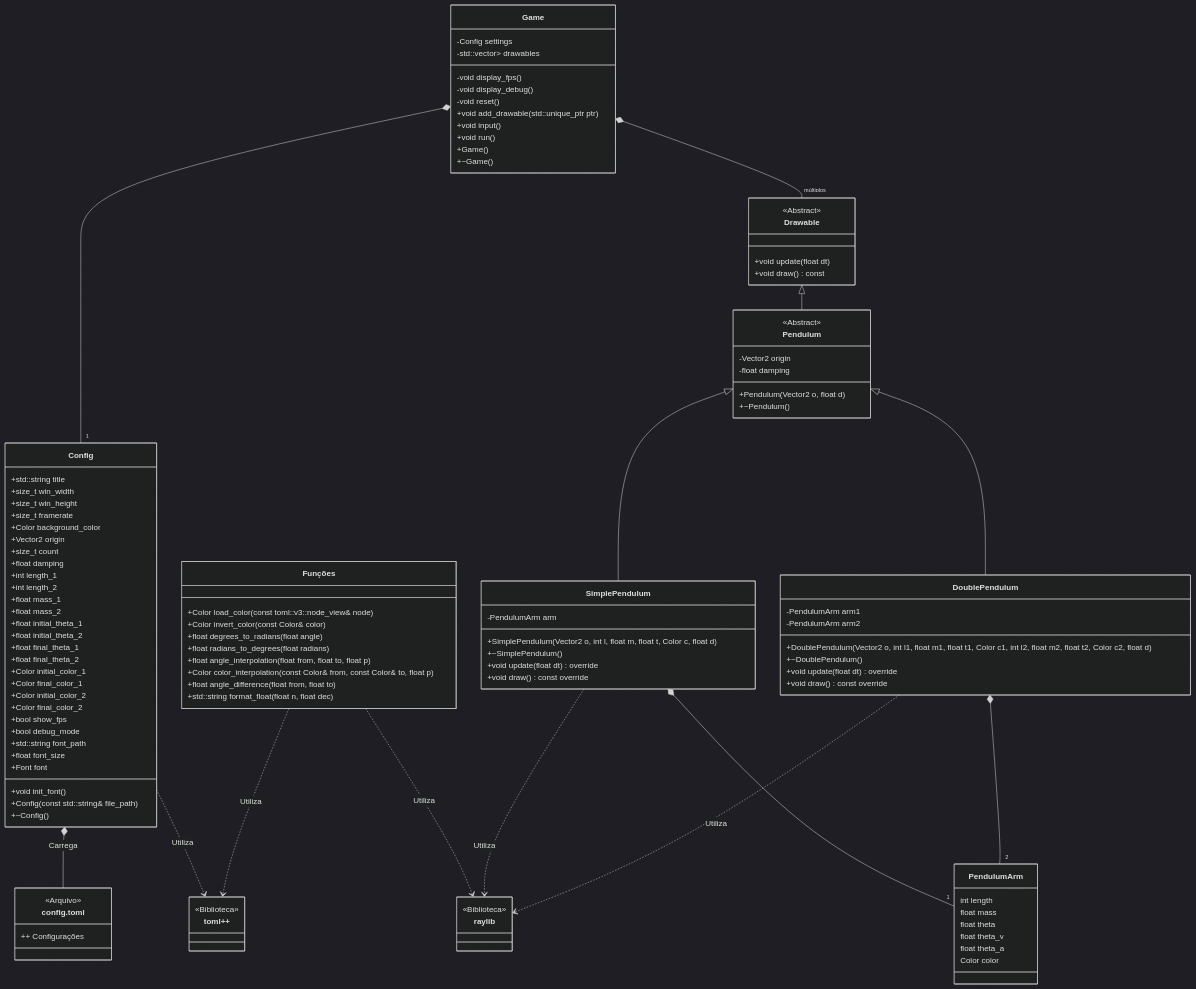
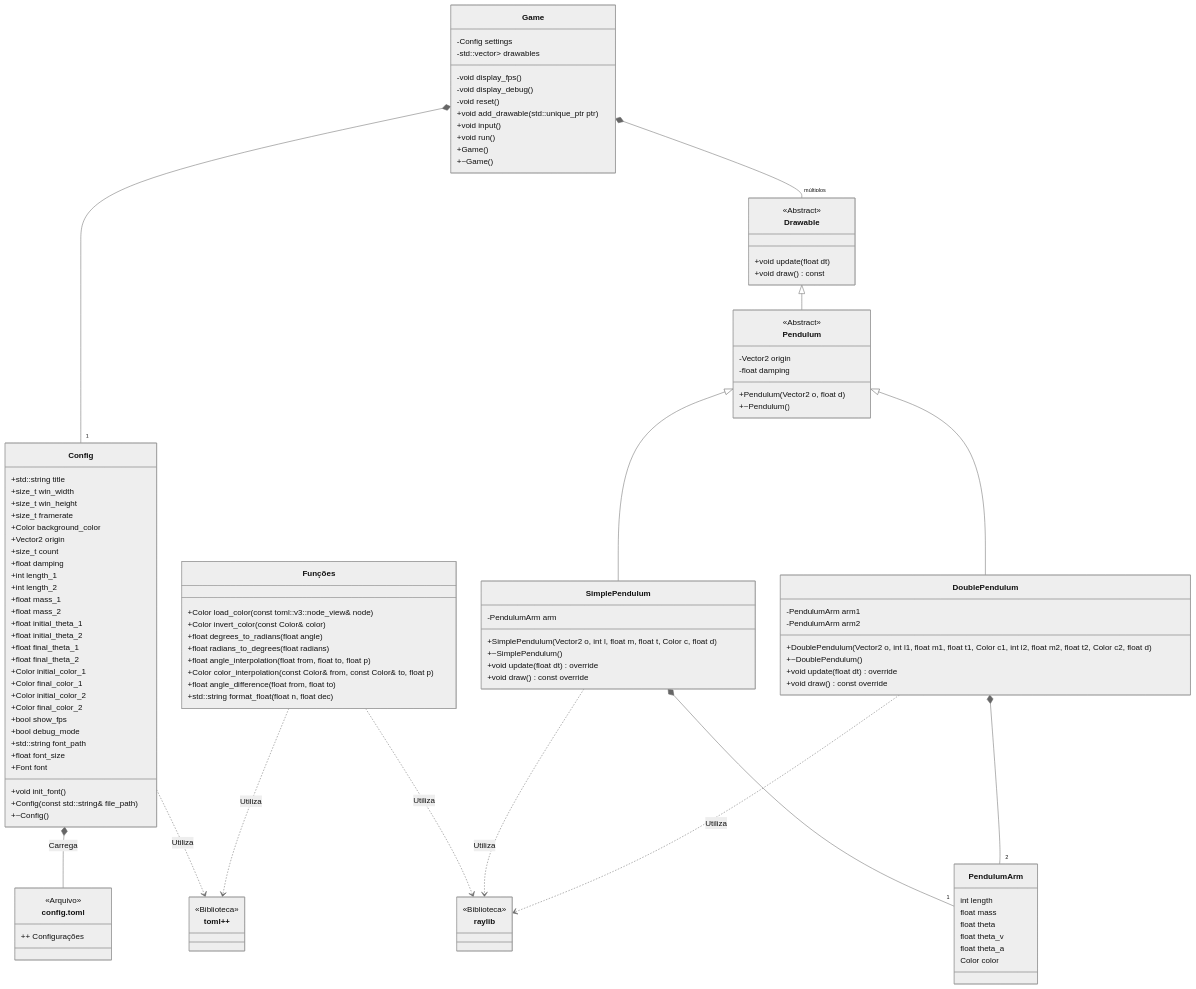
Before and after one commit to SamVeras/ChaoticDPends: the diagram in readme.md, drawn with Mermaid.

Commit message:
Readme dnv

````diff
--- a/readme.md
+++ b/readme.md
@@ -38,5 +38,5 @@
 ```mermaid
-%%{init: {'theme': 'dark' } }%%
+%%{init: {'theme': 'neutral' } }%%
 classDiagram
   class Drawable {
       <<Abstract>>
````
